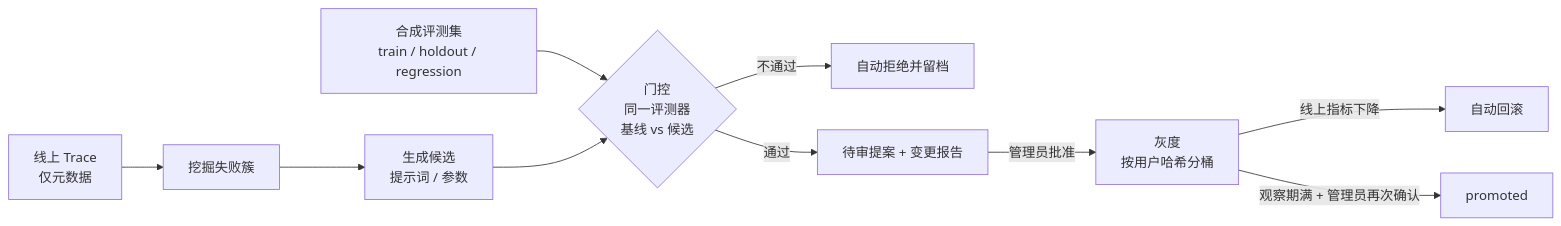
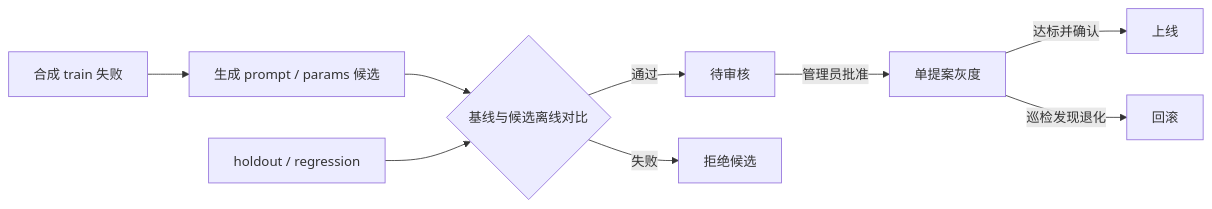
Before and after one commit to Felix-0625/NexRAG: the diagram in docs/evaluation-and-rsi.md, drawn with Mermaid. The commit also changed other lines of this file and 63 other files, not shown here.

````diff
--- a/docs/evaluation-and-rsi.md
+++ b/docs/evaluation-and-rsi.md
@@ -7,12 +5,11 @@
 ```mermaid
 flowchart LR
-    T[线上 Trace<br/>仅元数据] --> M[挖掘失败簇]
-    S[合成评测集<br/>train / holdout / regression] --> G
-    M --> P[生成候选<br/>提示词 / 参数]
-    P --> G{门控<br/>同一评测器<br/>基线 vs 候选}
-    G -- 不通过 --> R[自动拒绝并留档]
-    G -- 通过 --> A[待审提案 + 变更报告]
-    A -- 管理员批准 --> C[灰度<br/>按用户哈希分桶]
-    C -- 线上指标下降 --> B[自动回滚]
-    C -- 观察期满 + 管理员再次确认 --> V[promoted]
+    T[合成 train 失败] --> P[生成 prompt / params 候选]
+    P --> G{基线与候选离线对比}
+    H[holdout / regression] --> G
+    G -->|通过| R[待审核]
+    G -->|失败| J[拒绝候选]
+    R -->|管理员批准| C[单提案灰度]
+    C -->|达标并确认| V[上线]
+    C -->|巡检发现退化| B[回滚]
 ```
````
